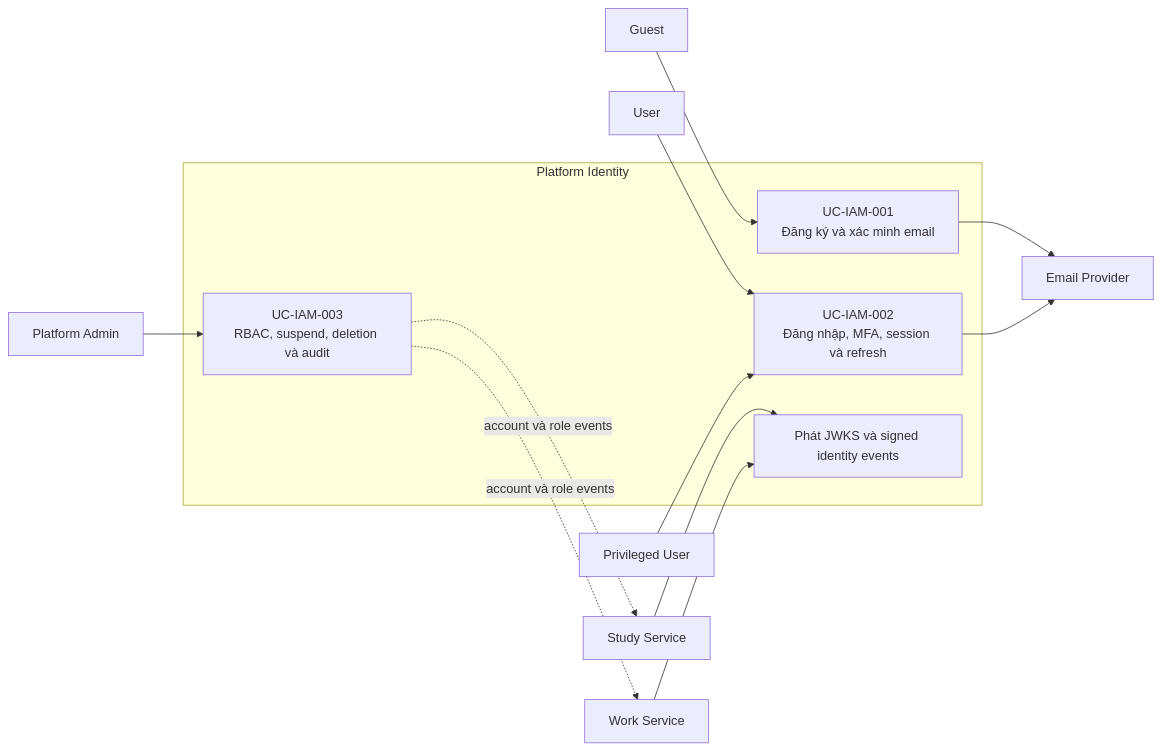
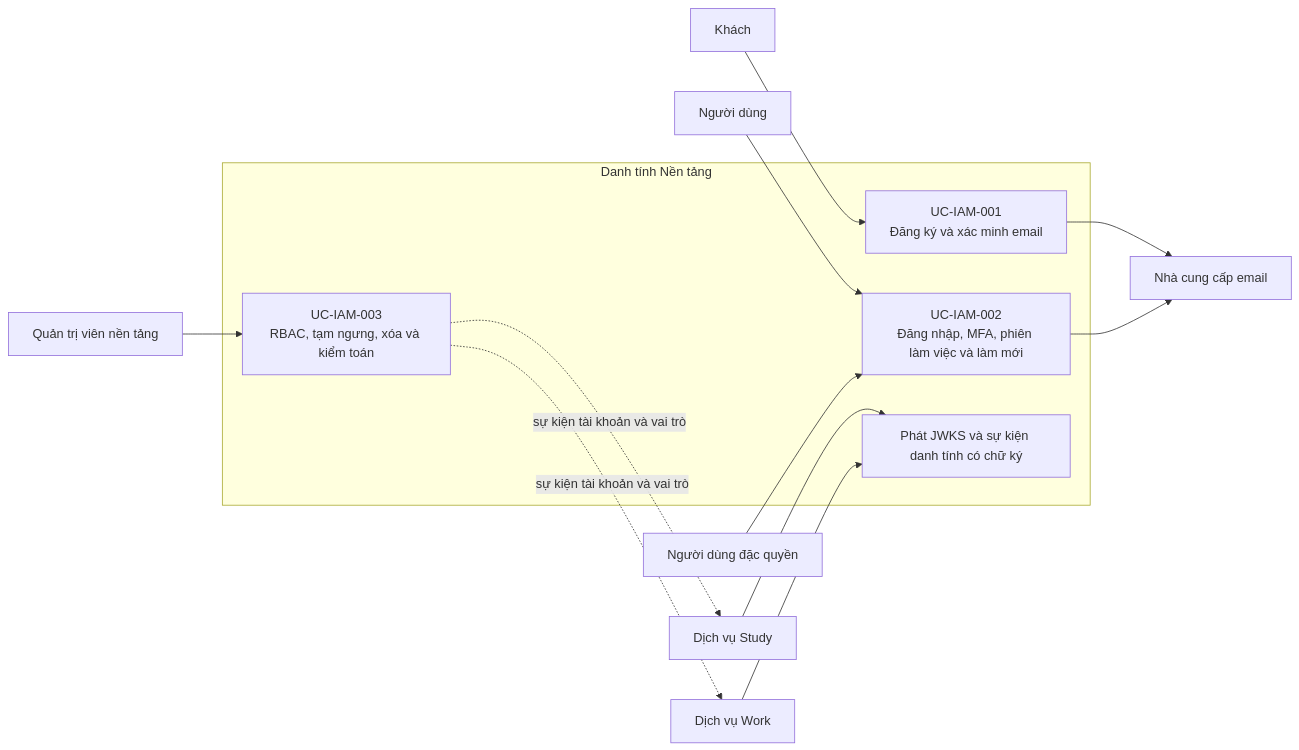
Before and after one commit to daovanhung-dev/Study2Work: the first of 47 diagrams in docs/BD/02_BIEU_DO_HE_THONG.md, drawn with Mermaid. The commit also changed other lines of this file and 2295 other files, not shown here.

````diff
--- a/docs/BD/02_BIEU_DO_HE_THONG.md
+++ b/docs/BD/02_BIEU_DO_HE_THONG.md
@@ -75,28 +75,28 @@
 ```mermaid
 flowchart LR
-    Guest[Guest]
-    User[User]
-    Priv[Privileged User]
-    Admin[Platform Admin]
-    Study[Study Service]
-    Work[Work Service]
-    Mail[Email Provider]
+    Guest[Khách]
+    User[Người dùng]
+    Priv[Người dùng đặc quyền]
+    Admin[Quản trị viên nền tảng]
+    Study[Dịch vụ Study]
+    Work[Dịch vụ Work]
+    Mail[Nhà cung cấp email]
 
-    subgraph IAM[Platform Identity]
+    subgraph IAM[Danh tính Nền tảng]
         Reg["UC-IAM-001<br/>Đăng ký và xác minh email"]
-        Login["UC-IAM-002<br/>Đăng nhập, MFA, session và refresh"]
-        Life["UC-IAM-003<br/>RBAC, suspend, deletion và audit"]
-        JWKS["Phát JWKS và signed identity events"]
+        Login["UC-IAM-002<br/>Đăng nhập, MFA, phiên làm việc và làm mới"]
+        Life["UC-IAM-003<br/>RBAC, tạm ngưng, xóa và kiểm toán"]
+        JWKS["Phát JWKS và sự kiện danh tính có chữ ký"]
     end
 
     Guest --> Reg
     User --> Login
     Priv --> Login
     Admin --> Life
     Reg --> Mail
     Login --> Mail
-    Life -. account và role events .-> Study
-    Life -. account và role events .-> Work
+    Life -. sự kiện tài khoản và vai trò .-> Study
+    Life -. sự kiện tài khoản và vai trò .-> Work
     Study --> JWKS
     Work --> JWKS
 ```
````
